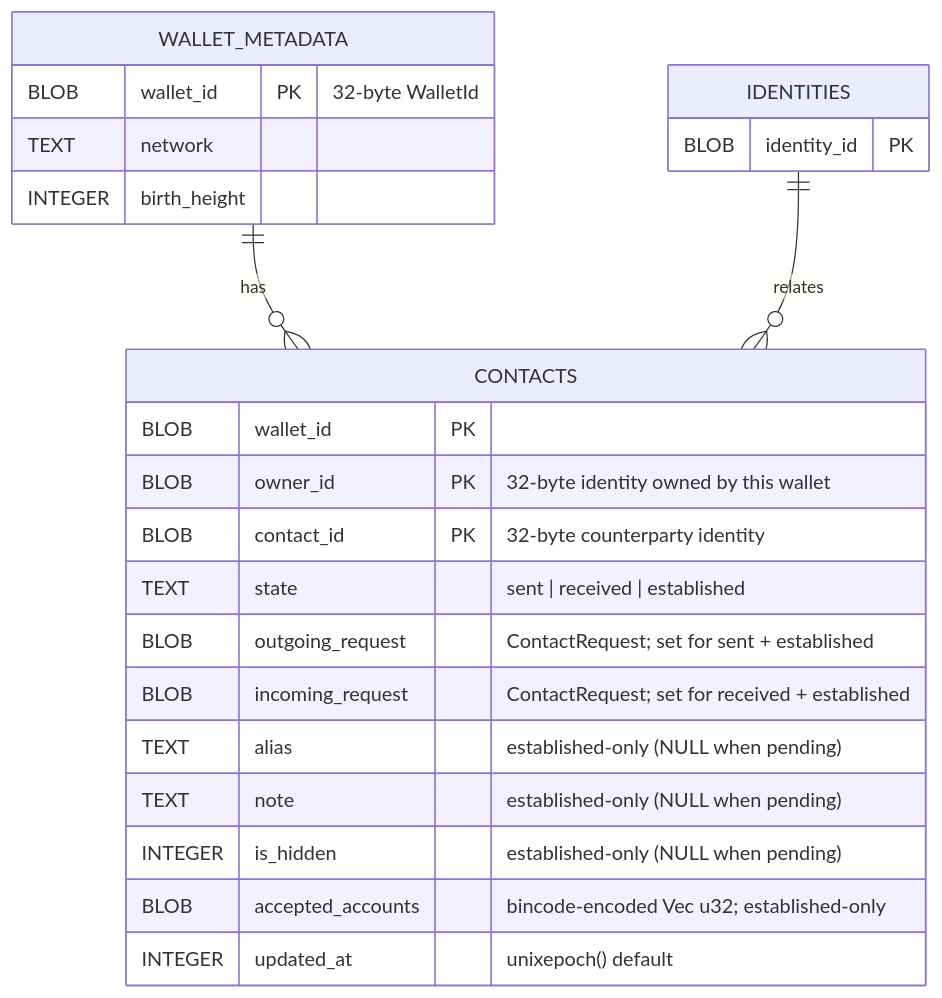
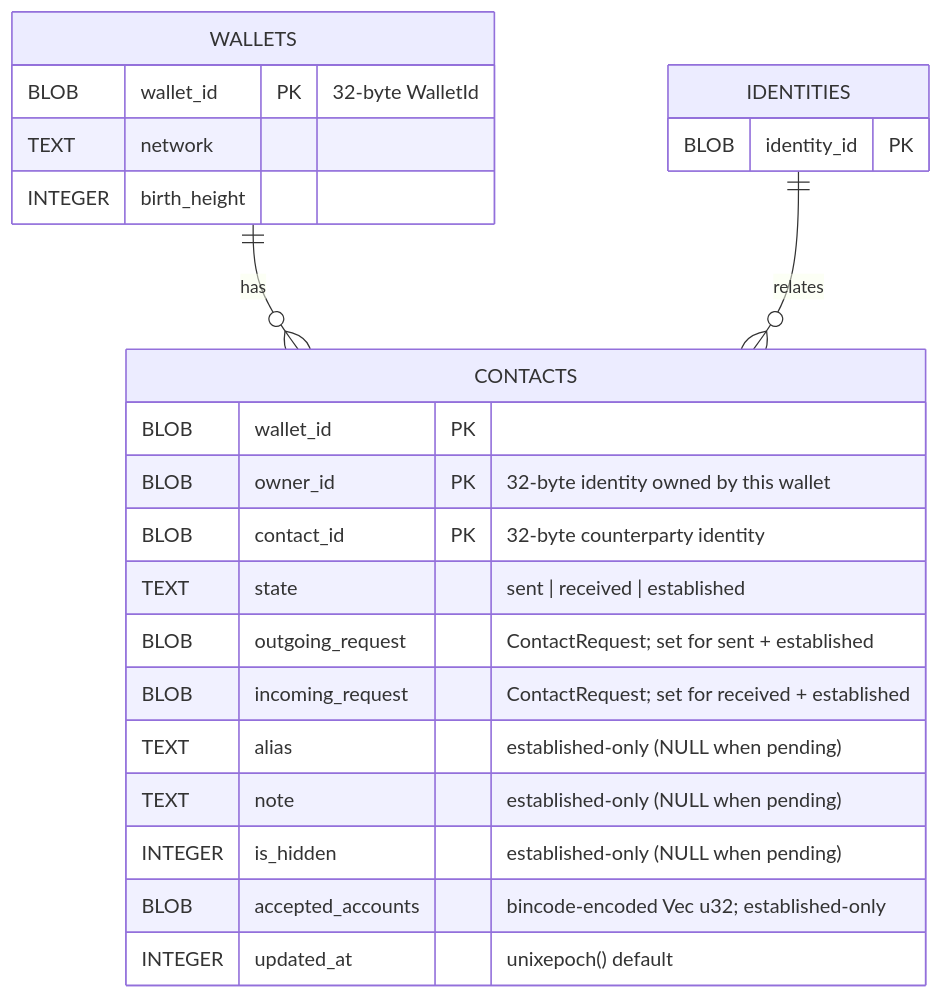
Before and after one commit to dashpay/platform: the third of 5 diagrams in packages/rs-platform-wallet-storage/SCHEMA.md, drawn with Mermaid. The commit also changed other lines of this file and 26 other files, not shown here.

First line of the commit message:
refactor(platform-wallet-storage): rename wallet_metadata table to wallets; schema/doc hardening

````diff
--- a/packages/rs-platform-wallet-storage/SCHEMA.md
+++ b/packages/rs-platform-wallet-storage/SCHEMA.md
@@ -182,29 +182,29 @@
 ```mermaid
 erDiagram
-    WALLET_METADATA ||--o{ CONTACTS : "has"
+    WALLETS ||--o{ CONTACTS : "has"
     IDENTITIES ||--o{ CONTACTS : "relates"
 
-    WALLET_METADATA {
+    WALLETS {
         BLOB wallet_id PK "32-byte WalletId"
         TEXT network
         INTEGER birth_height
     }
 
     IDENTITIES {
         BLOB identity_id PK
     }
 
     CONTACTS {
         BLOB wallet_id PK
         BLOB owner_id PK "32-byte identity owned by this wallet"
         BLOB contact_id PK "32-byte counterparty identity"
         TEXT state "sent | received | established"
         BLOB outgoing_request "ContactRequest; set for sent + established"
         BLOB incoming_request "ContactRequest; set for received + established"
         TEXT alias "established-only (NULL when pending)"
         TEXT note "established-only (NULL when pending)"
         INTEGER is_hidden "established-only (NULL when pending)"
         BLOB accepted_accounts "bincode-encoded Vec u32; established-only"
         INTEGER updated_at "unixepoch() default"
     }
 ```
````
